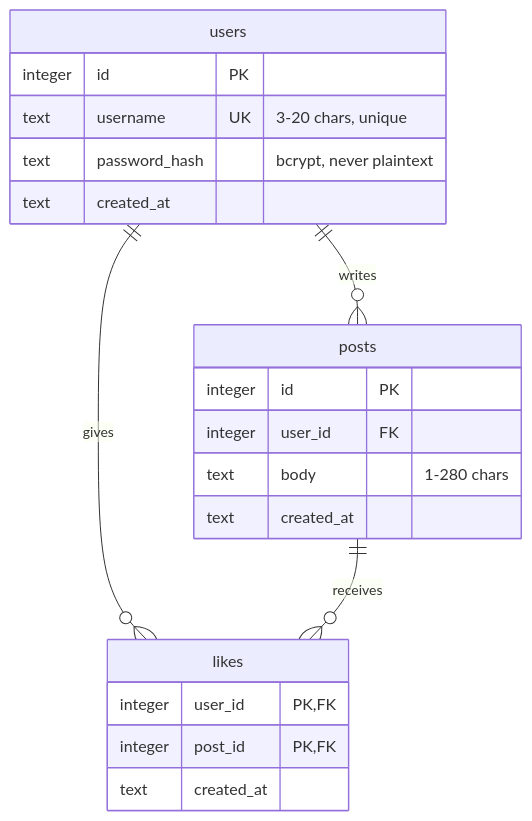
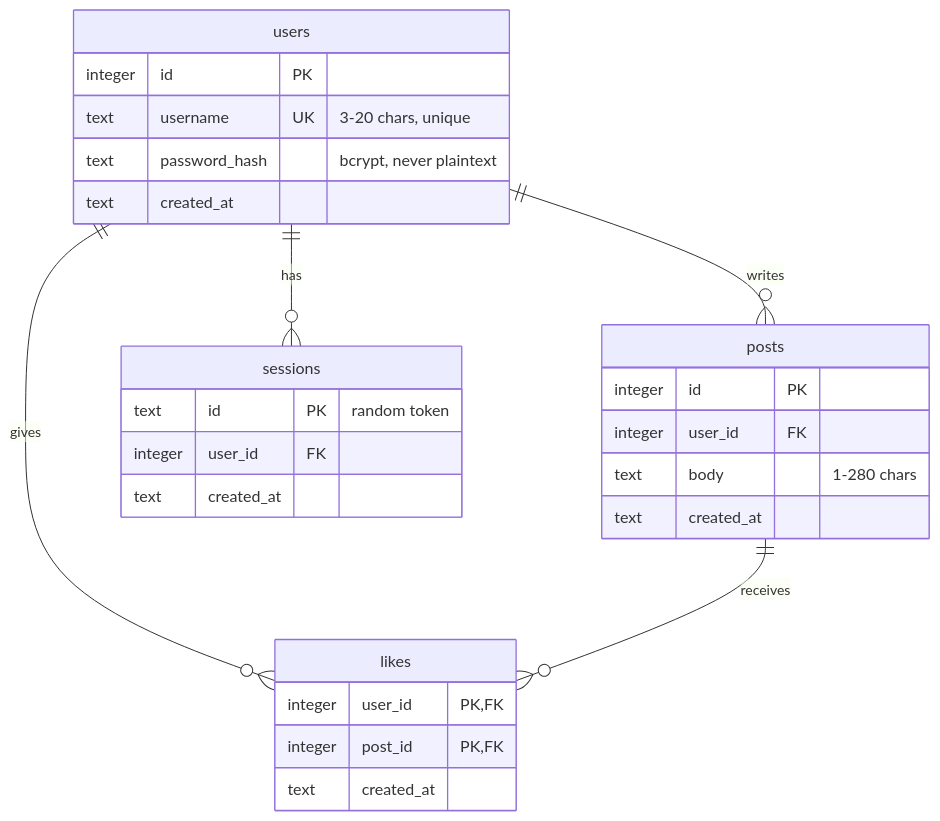
One commit to dannyyampik/learnig_app_se changed the third of 5 diagrams in DESIGN.md. Above: the diagram before and after it, drawn with Mermaid. The commit also changed other lines of this file, not shown here.

````diff
--- a/DESIGN.md
+++ b/DESIGN.md
@@ -156,24 +164,30 @@
 ```mermaid
 erDiagram
     users ||--o{ posts : "writes"
     users ||--o{ likes : "gives"
+    users ||--o{ sessions : "has"
     posts ||--o{ likes : "receives"
 
     users {
         integer id PK
         text username UK "3-20 chars, unique"
         text password_hash "bcrypt, never plaintext"
         text created_at
     }
     posts {
         integer id PK
         integer user_id FK
         text body "1-280 chars"
         text created_at
     }
     likes {
         integer user_id PK, FK
         integer post_id PK, FK
         text created_at
     }
+    sessions {
+        text id PK "random token"
+        integer user_id FK
+        text created_at
+    }
 ```
````
